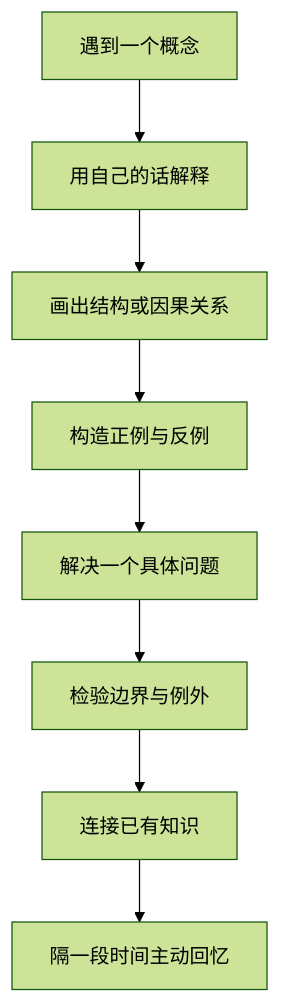
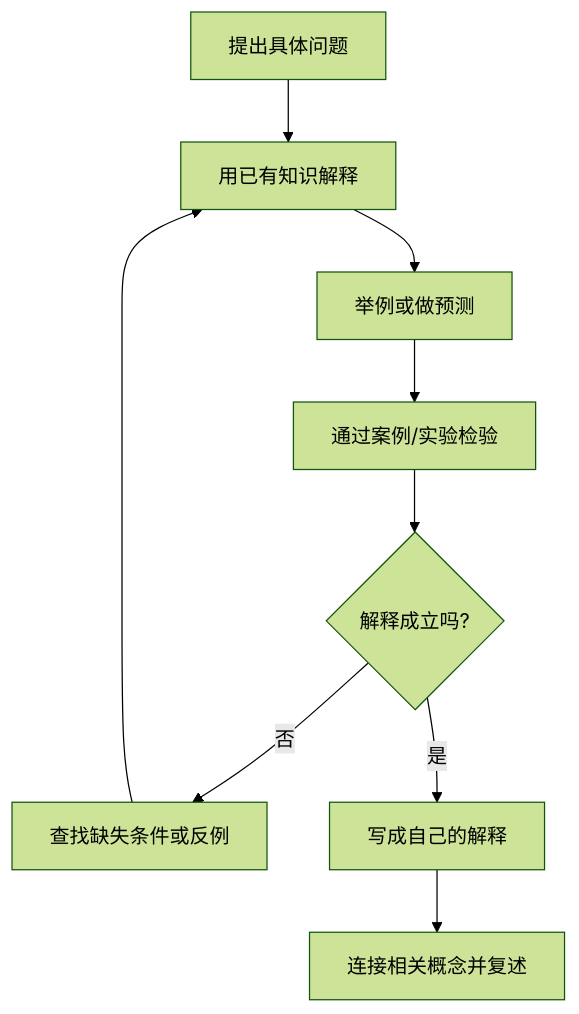
The diagram in pages/理解方法.md (ilikui/Notes), drawn with Mermaid (forest theme) before and after one commit. The commit also changed other lines of this file and 20 other files, not shown here.

First line of the commit message:
docs: complete foundation notes and add diagrams

````diff
--- a/pages/理解方法.md
+++ b/pages/理解方法.md
@@ -7,10 +17,11 @@
 ```mermaid
 flowchart TD
-    A[遇到一个概念] --> B[用自己的话解释]
-    B --> C[画出结构或因果关系]
-    C --> D[构造正例与反例]
-    D --> E[解决一个具体问题]
-    E --> F[检验边界与例外]
-    F --> G[连接已有知识]
-    G --> H[隔一段时间主动回忆]
+    A[提出具体问题] --> B[用已有知识解释]
+    B --> C[举例或做预测]
+    C --> D[通过案例/实验检验]
+    D --> E{解释成立吗?}
+    E -- 否 --> F[查找缺失条件或反例]
+    F --> B
+    E -- 是 --> G[写成自己的解释]
+    G --> H[连接相关概念并复述]
 ```
````
